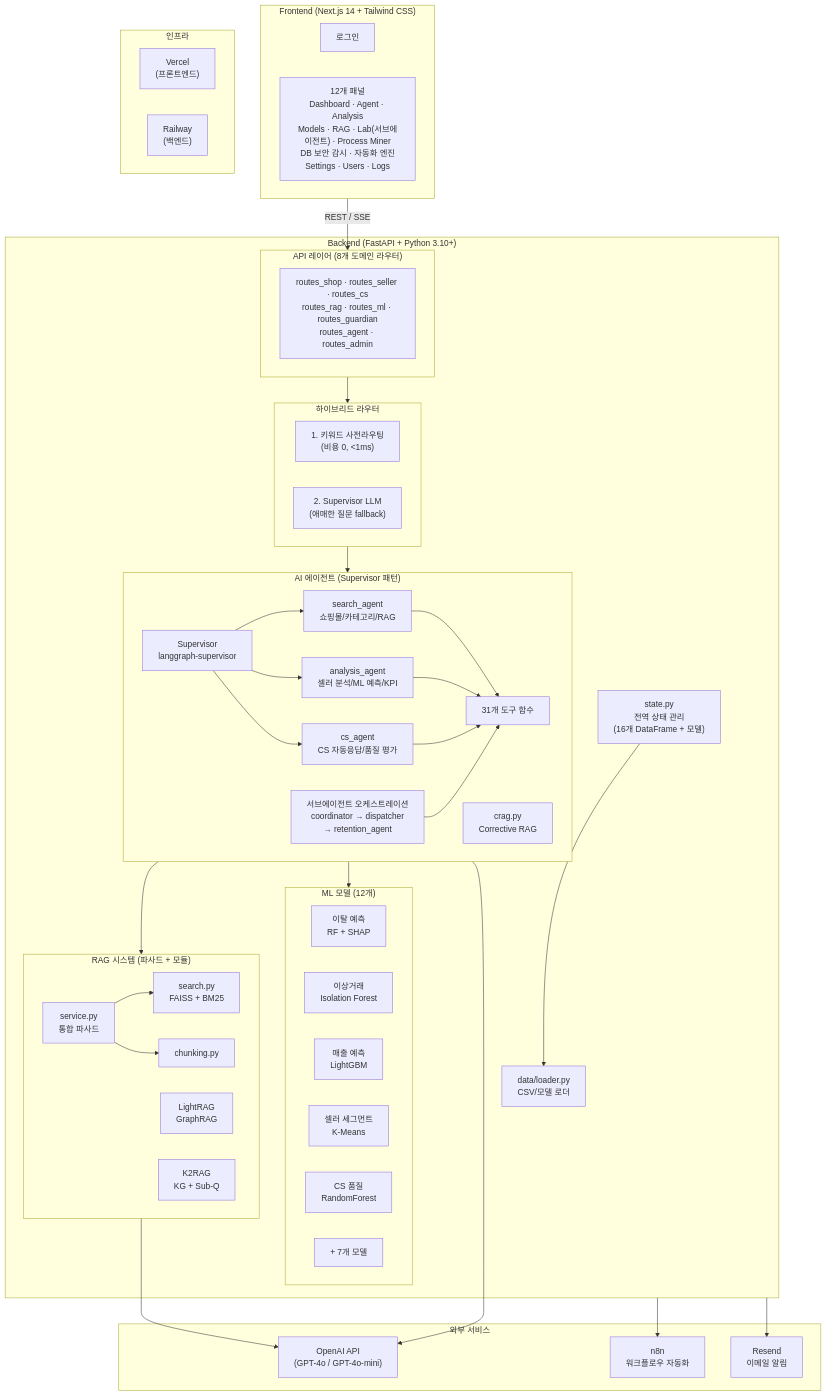
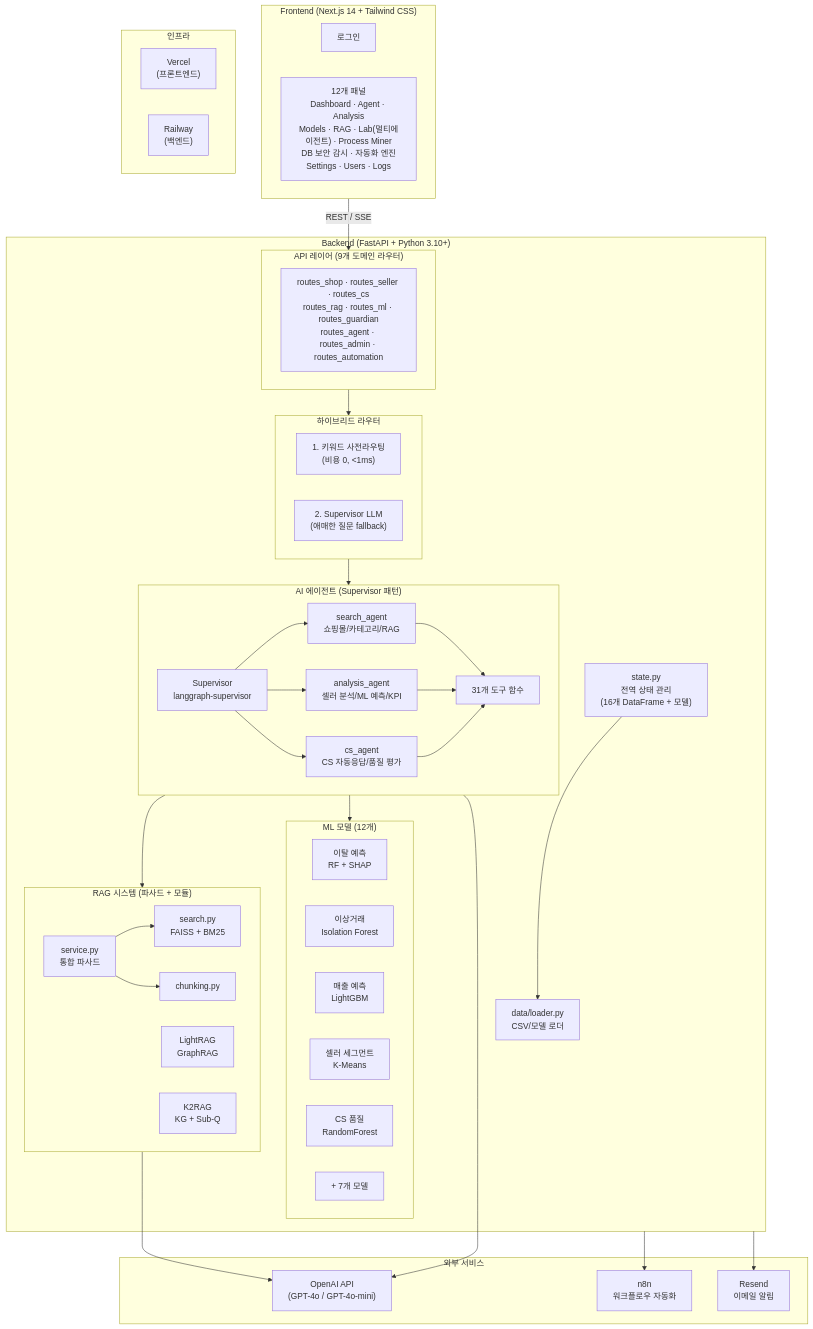
Before and after one commit to ASNGG/cafe24-demo: the first of 8 diagrams in README.md, drawn with Mermaid. The commit also changed other lines of this file and 43 other files, not shown here.

````diff
--- a/README.md
+++ b/README.md
@@ -169,79 +209,76 @@
 ```mermaid
 flowchart TB
     subgraph Frontend["Frontend (Next.js 14 + Tailwind CSS)"]
         Login[로그인]
-        Panels["12개 패널<br/>Dashboard · Agent · Analysis<br/>Models · RAG · Lab(서브에이전트) · Process Miner<br/>DB 보안 감시 · 자동화 엔진<br/>Settings · Users · Logs"]
+        Panels["12개 패널<br/>Dashboard · Agent · Analysis<br/>Models · RAG · Lab(멀티에이전트) · Process Miner<br/>DB 보안 감시 · 자동화 엔진<br/>Settings · Users · Logs"]
     end
 
     subgraph Backend["Backend (FastAPI + Python 3.10+)"]
-        subgraph API["API 레이어 (8개 도메인 라우터)"]
-            Routes["routes_shop · routes_seller · routes_cs<br/>routes_rag · routes_ml · routes_guardian<br/>routes_agent · routes_admin"]
+        subgraph API["API 레이어 (9개 도메인 라우터)"]
+            Routes["routes_shop · routes_seller · routes_cs<br/>routes_rag · routes_ml · routes_guardian<br/>routes_agent · routes_admin · routes_automation"]
         end
 
         subgraph Router["하이브리드 라우터"]
             R1["1. 키워드 사전라우팅<br/>(비용 0, <1ms)"]
             R2["2. Supervisor LLM<br/>(애매한 질문 fallback)"]
         end
 
         subgraph Agent["AI 에이전트 (Supervisor 패턴)"]
             Supervisor["Supervisor<br/>langgraph-supervisor"]
             SearchAgent["search_agent<br/>쇼핑몰/카테고리/RAG"]
             AnalysisAgent["analysis_agent<br/>셀러 분석/ML 예측/KPI"]
             CSAgent["cs_agent<br/>CS 자동응답/품질 평가"]
-            SubAgent["서브에이전트 오케스트레이션<br/>coordinator → dispatcher<br/>→ retention_agent"]
             Tools["31개 도구 함수"]
-            CRAG["crag.py<br/>Corrective RAG"]
         end
 
         subgraph RAGSystem["RAG 시스템 (파사드 + 모듈)"]
             Service["service.py<br/>통합 파사드"]
             HybridRAG["search.py<br/>FAISS + BM25"]
             LightRAGNode["LightRAG<br/>GraphRAG"]
             K2RAGNode["K2RAG<br/>KG + Sub-Q"]
             Chunking["chunking.py"]
         end
 
         subgraph MLModels["ML 모델 (12개)"]
             Churn["이탈 예측<br/>RF + SHAP"]
             Fraud["이상거래<br/>Isolation Forest"]
             Revenue["매출 예측<br/>LightGBM"]
             Segment["셀러 세그먼트<br/>K-Means"]
             CSQuality["CS 품질<br/>RandomForest"]
             Others["+ 7개 모델"]
         end
 
         State["state.py<br/>전역 상태 관리<br/>(16개 DataFrame + 모델)"]
         DataLoader["data/loader.py<br/>CSV/모델 로더"]
     end
 
     subgraph External["외부 서비스"]
         OpenAI["OpenAI API<br/>(GPT-4o / GPT-4o-mini)"]
         n8n["n8n<br/>워크플로우 자동화"]
         Resend["Resend<br/>이메일 알림"]
     end
 
     subgraph Infra["인프라"]
         Vercel["Vercel<br/>(프론트엔드)"]
         Railway["Railway<br/>(백엔드)"]
     end
 
     Frontend -->|"REST / SSE"| API
     API --> Router
     Router --> Agent
     Agent --> RAGSystem
     Agent --> MLModels
     Agent --> OpenAI
     Service --> HybridRAG
     Service --> Chunking
     RAGSystem --> OpenAI
     Supervisor --> SearchAgent
     Supervisor --> AnalysisAgent
     Supervisor --> CSAgent
     SearchAgent --> Tools
     AnalysisAgent --> Tools
     CSAgent --> Tools
-    SubAgent --> Tools
     Backend --> n8n
     Backend --> Resend
     State --> DataLoader
 ```
````
